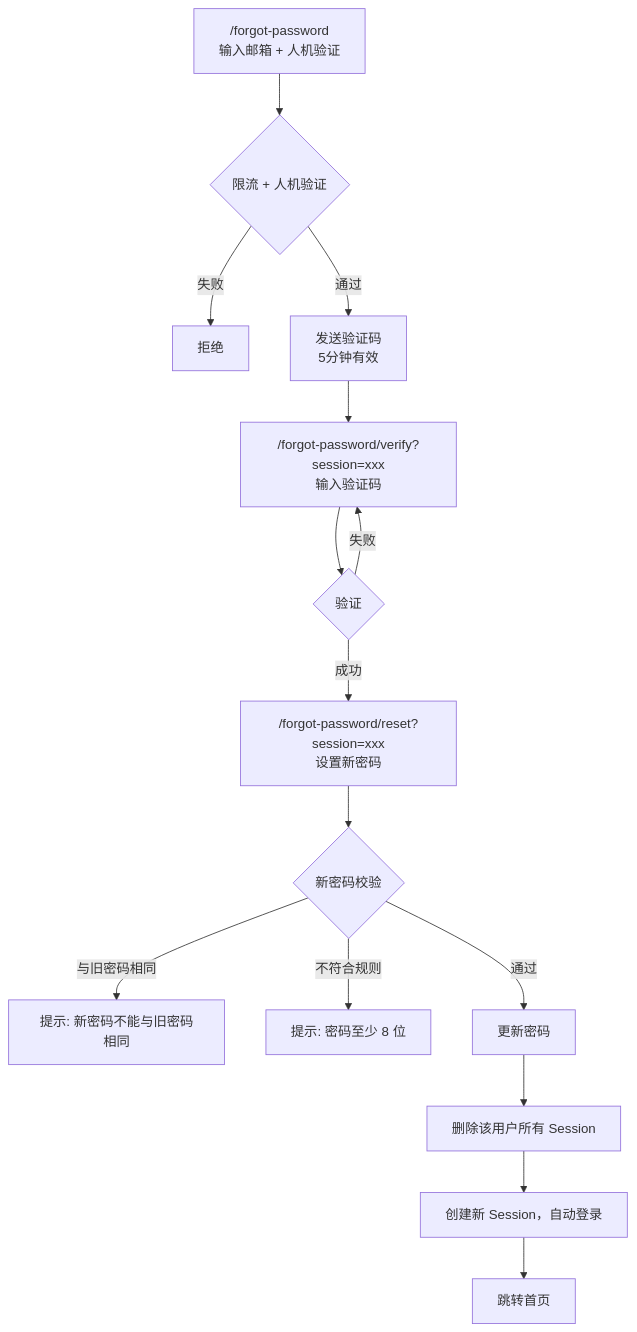
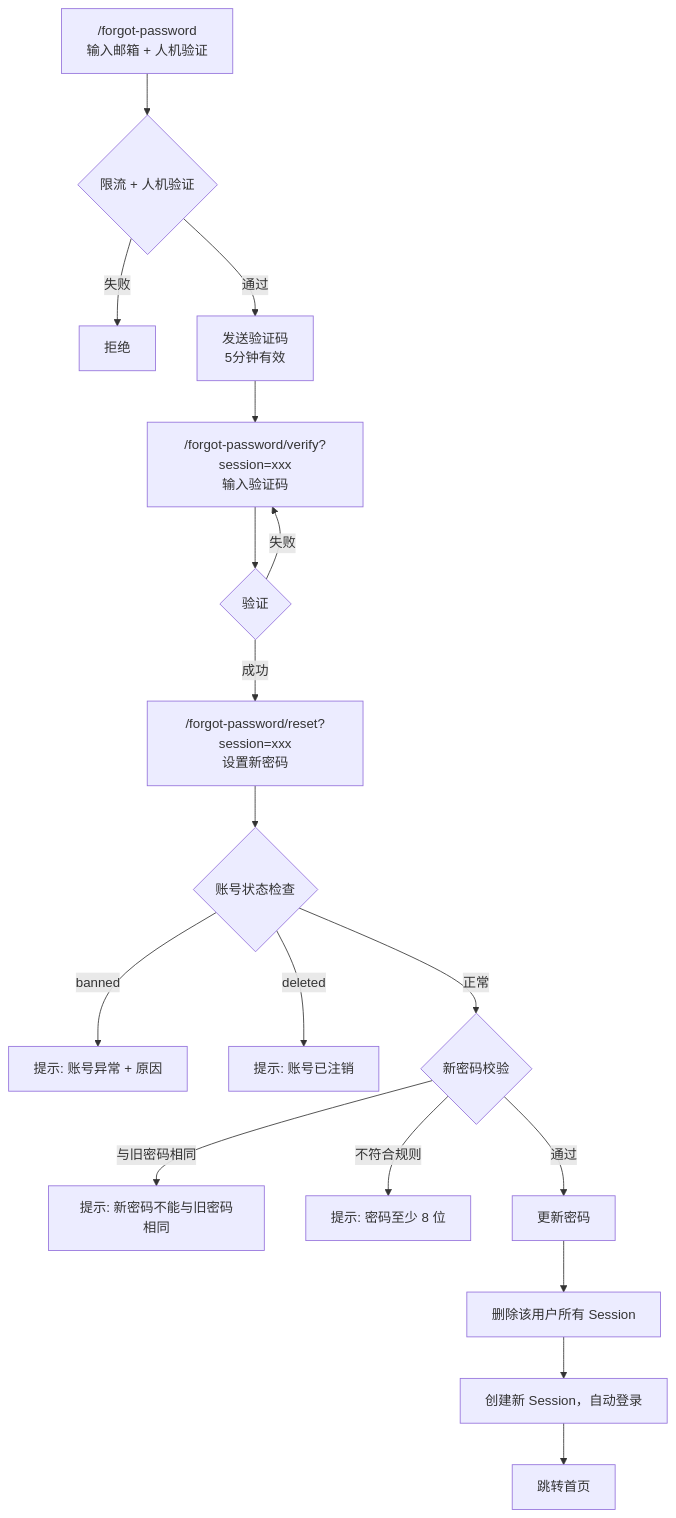
One commit to Ray-Eli/Photoer changed the fourth of 8 diagrams in docs/auth-design.md. Above: the diagram before and after it, drawn with Mermaid. The commit also changed other lines of this file and 2 other files, not shown here.

Commit message:
fix: 修复忘记密码流程绕过账号状态检查的漏洞
- resetPassword() 补充 checkAccountStatus() 检查，位置在验证码校验
  通过之后、执行改密码之前——不在第一步拦截，避免泄露账号状态
- banned 提示账号异常及原因，deleted 提示账号已注销，均不改密码、
  不创建 Session
- 路由层错误处理与密码登录保持一致（403 + 相同响应结构）
- 全面检查所有 createSession 调用点，确认无其他遗漏
- auth-design.md 3.3 节流程图同步补充状态检查节点及设计理由
- 验证：正常/已封禁/已注销三种账号完整走通忘记密码流程，
  异常账号在第三步被正确拦截，前两步响应与正常账号完全一致

````diff
--- a/docs/auth-design.md
+++ b/docs/auth-design.md
@@ -125,17 +125,20 @@
 ```mermaid
 flowchart TD
     A["/forgot-password<br/>输入邮箱 + 人机验证"] --> B{"限流 + 人机验证"}
     B -->|"失败"| C["拒绝"]
     B -->|"通过"| D["发送验证码<br/>5分钟有效"]
     D --> E["/forgot-password/verify?session=xxx<br/>输入验证码"]
     E --> F{"验证"}
     F -->|"失败"| E
     F -->|"成功"| G["/forgot-password/reset?session=xxx<br/>设置新密码"]
-    G --> H{"新密码校验"}
+    G --> G2{"账号状态检查"}
+    G2 -->|"banned"| G3["提示: 账号异常 + 原因"]
+    G2 -->|"deleted"| G4["提示: 账号已注销"]
+    G2 -->|"正常"| H{"新密码校验"}
     H -->|"与旧密码相同"| I["提示: 新密码不能与旧密码相同"]
     H -->|"不符合规则"| J["提示: 密码至少 8 位"]
     H -->|"通过"| K["更新密码"]
     K --> L["删除该用户所有 Session"]
     L --> M["创建新 Session，自动登录"]
     M --> N["跳转首页"]
 ```
````
